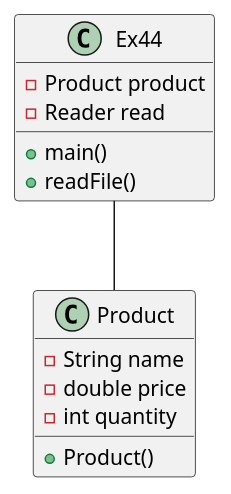
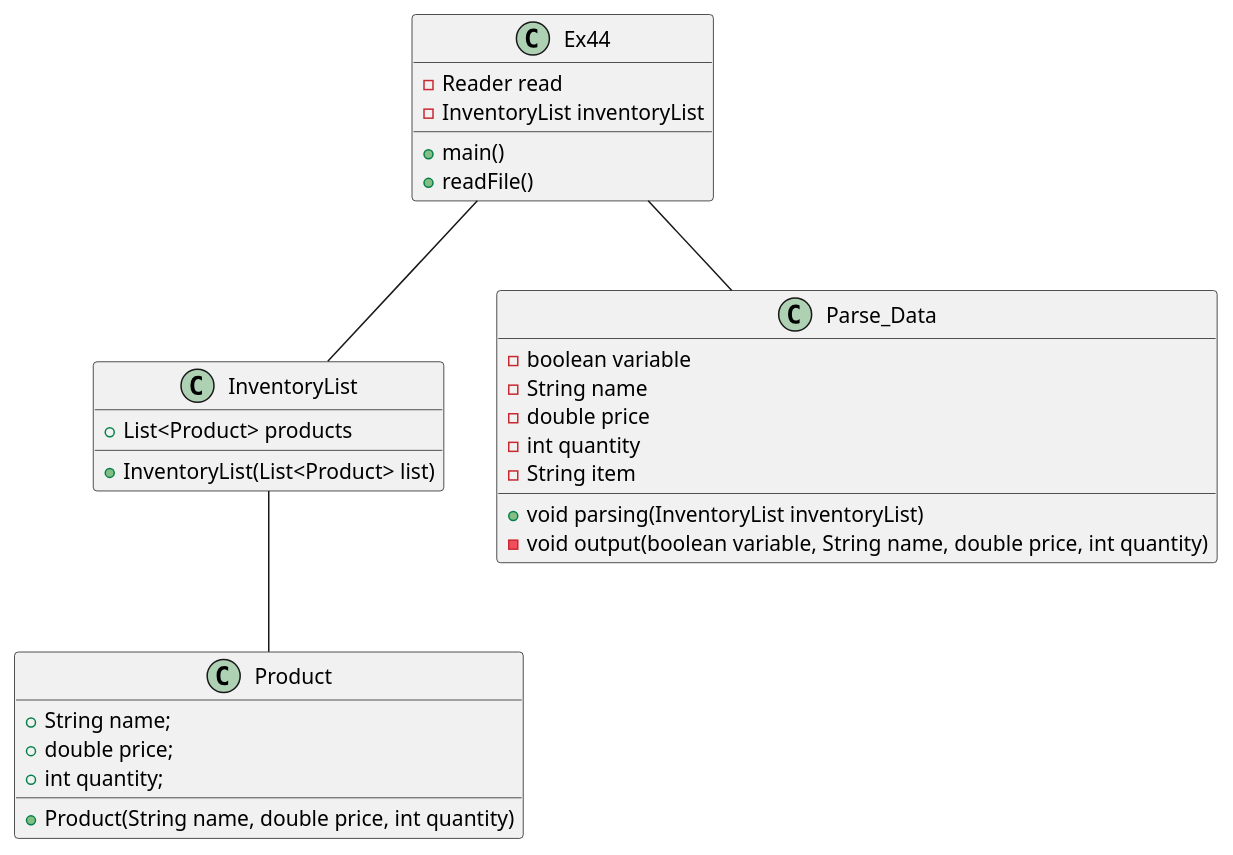
One commit to Kmullens1/mullens-cop3330-assignment3 changed the diagram in src/main/java/oop/example/Ex44/Ex44_UML.puml. Above: the diagram before and after it, drawn with PlantUML. The commit also changed 1 other file, not shown here.

Commit message:
Ex 44 Updated UML Diagram- Still needs testcases, and updated pseudocode

```diff
--- a/src/main/java/oop/example/Ex44/Ex44_UML.puml
+++ b/src/main/java/oop/example/Ex44/Ex44_UML.puml
@@ -1,22 +1,41 @@
 @startuml
 'https://plantuml.com/sequence-diagram
 
 class Ex44{
-    - Product product
     - Reader read
+    - InventoryList inventoryList
 
     + main()
     + readFile()
 }
 
-class Product{
-    - String name
-    - double price
-    - int quantity
+class InventoryList{
+    +List<Product> products
 
-    + Product()
+    +InventoryList(List<Product> list)
 }
 
-Ex44 -- Product
+class Product{
+    + String name;
+    + double price;
+    + int quantity;
+
+    +Product(String name, double price, int quantity)
+}
+
+Class Parse_Data{
+     - boolean variable
+     - String name
+     - double price
+     - int quantity
+     - String item
+
+    + void parsing(InventoryList inventoryList)
+    - void output(boolean variable, String name, double price, int quantity)
+}
+
+Ex44 -- InventoryList
+Ex44 -- Parse_Data
+InventoryList -- Product
 
 @enduml
```
